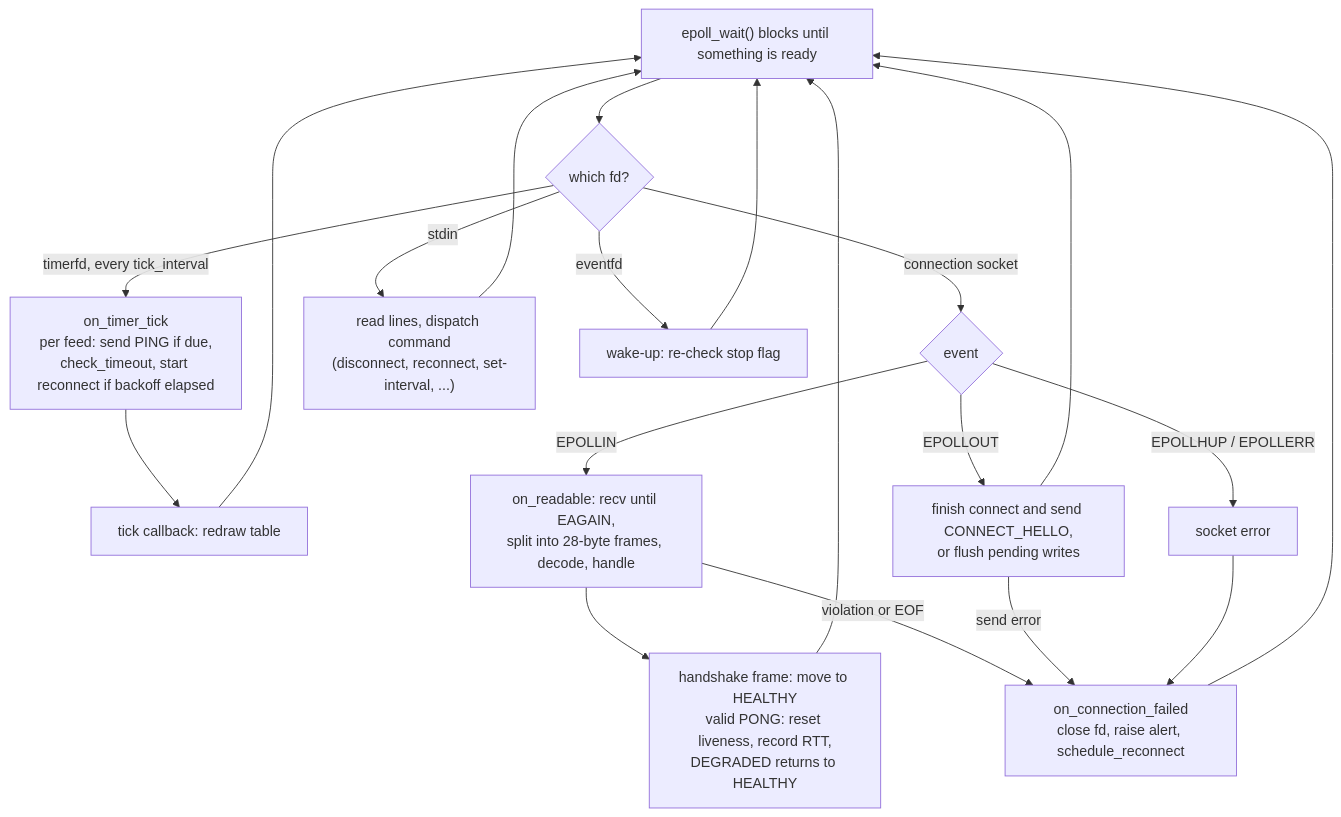
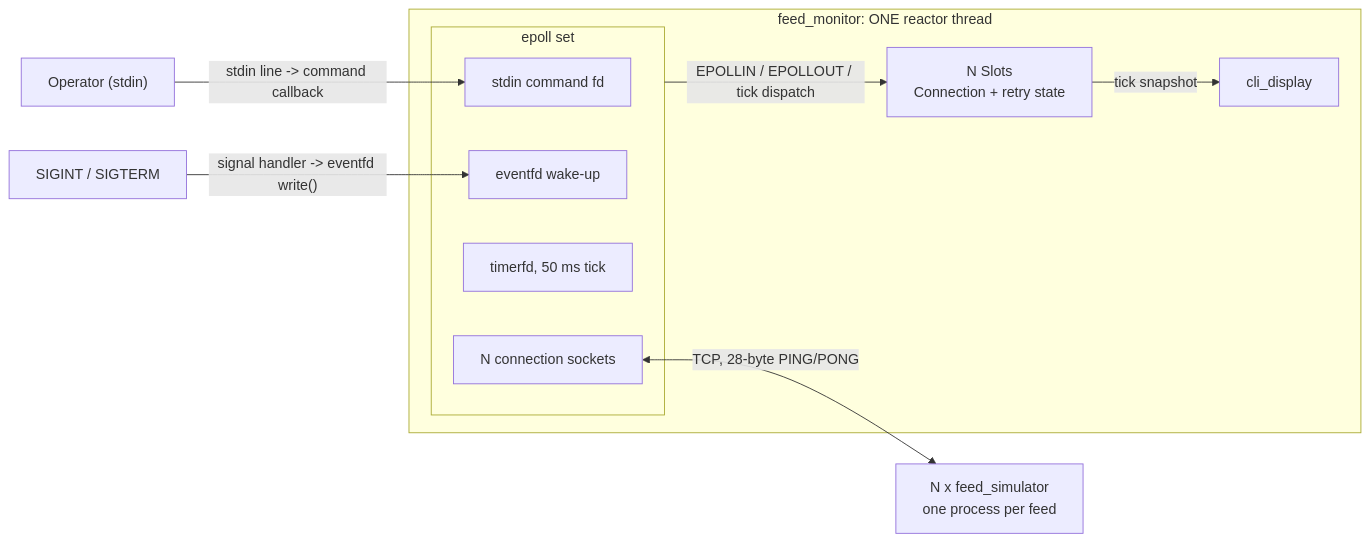
The first of 3 diagrams in ARCHITECTURE.md (Shri2909/Vigil-Low-latency-TCP-heartbeat-monitor), drawn with Mermaid before and after one commit. The commit also changed other lines of this file and 4 other files, not shown here.

First line of the commit message:
Rewrite README, ARCHITECTURE and METHODOLOGY for a quick read

````diff
--- a/ARCHITECTURE.md
+++ b/ARCHITECTURE.md
@@ -37,27 +13,21 @@
 ```mermaid
-flowchart TD
-    W["epoll_wait() blocks until something is ready"] --> D{"which fd?"}
-
-    D -->|"timerfd, every tick_interval"| T["on_timer_tick<br/>per feed: send PING if due,<br/>check_timeout, start reconnect if backoff elapsed"]
-    T --> TC["tick callback: redraw table"]
-
-    D -->|"connection socket"| E{"event"}
-    E -->|"EPOLLIN"| RD["on_readable: recv until EAGAIN,<br/>split into 28-byte frames, decode, handle"]
-    RD --> PONG["handshake frame: move to HEALTHY<br/>valid PONG: reset liveness, record RTT,<br/>DEGRADED returns to HEALTHY"]
-    E -->|"EPOLLOUT"| WR["finish connect and send CONNECT_HELLO,<br/>or flush pending writes"]
-    E -->|"EPOLLHUP / EPOLLERR"| ERR["socket error"]
-
-    D -->|"stdin"| CMD["read lines, dispatch command<br/>(disconnect, reconnect, set-interval, ...)"]
-    D -->|"eventfd"| STOP["wake-up: re-check stop flag"]
-
-    RD -->|"violation or EOF"| F
-    WR -->|"send error"| F
-    ERR --> F["on_connection_failed<br/>close fd, raise alert, schedule_reconnect"]
-
-    TC --> W
-    PONG --> W
-    WR --> W
-    F --> W
-    CMD --> W
-    STOP --> W
+flowchart LR
+    OP["Operator (stdin)"]
+    SIG["SIGINT / SIGTERM"]
+    SIM["N x feed_simulator<br/>one process per feed"]
+    subgraph MON["feed_monitor: ONE reactor thread"]
+        subgraph EP["epoll set"]
+            CMD["stdin command fd"]
+            WK["eventfd wake-up"]
+            TM["timerfd, 50 ms tick"]
+            SK["N connection sockets"]
+        end
+        SL["N Slots<br/>Connection + retry state"]
+        CLI["cli_display"]
+    end
+    OP -->|"stdin line -> command callback"| CMD
+    SIG -->|"signal handler -> eventfd write()"| WK
+    SK <-->|"TCP, 28-byte PING/PONG"| SIM
+    EP -->|"EPOLLIN / EPOLLOUT / tick dispatch"| SL
+    SL -->|"tick snapshot"| CLI
 ```
````
